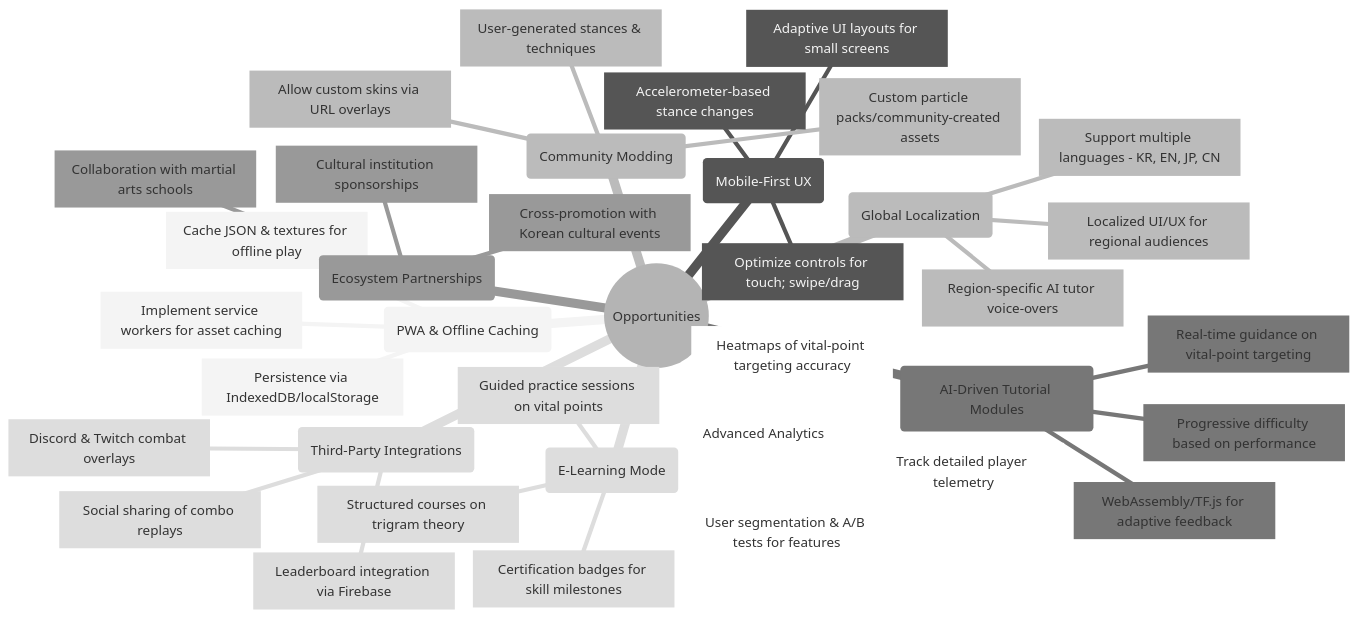
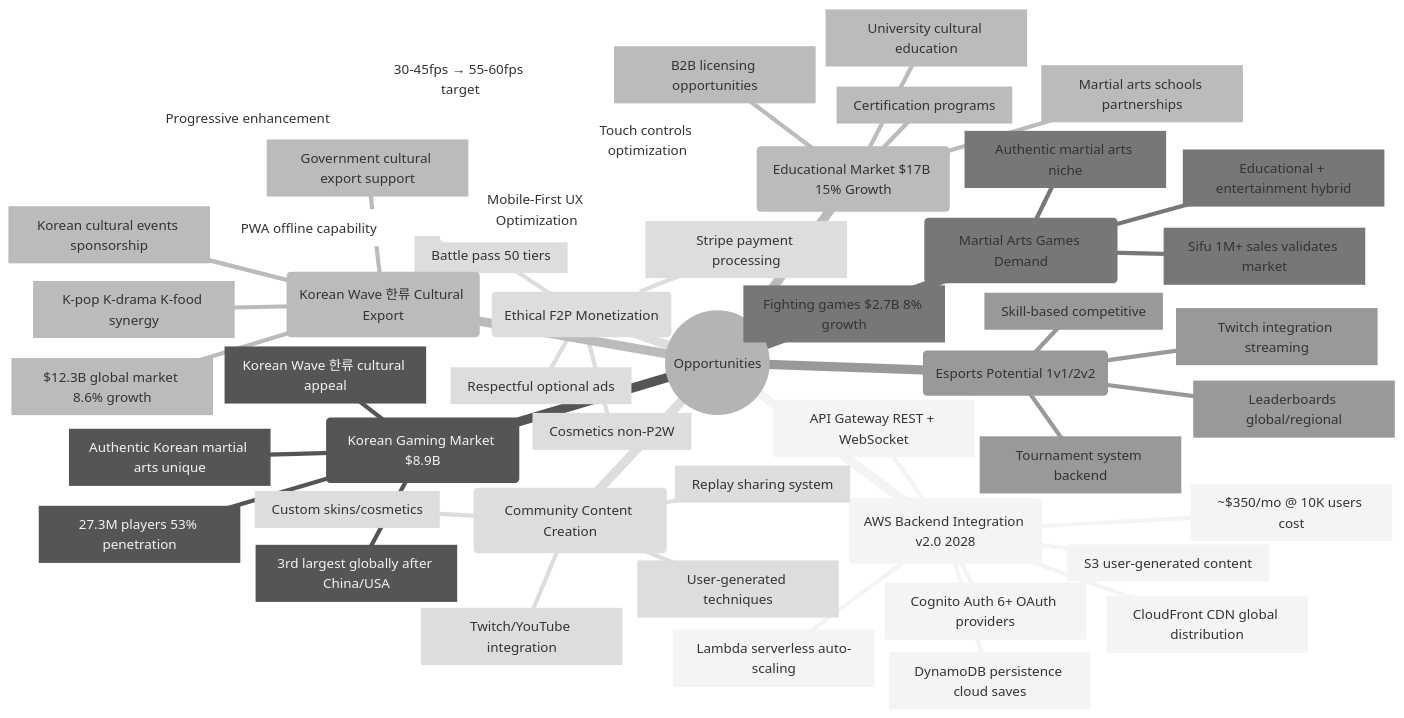
One commit to Hack23/blacktrigram changed the fifth of 8 diagrams in SWOT.md. Above: the diagram before and after it, drawn with Mermaid (neutral theme). The commit also changed other lines of this file and 1 other file, not shown here.

Commit message:
Complete SWOT.md and FUTURE_SWOT.md Q1 2026 comprehensive update with competitive analysis and AWS backend vision

````diff
--- a/SWOT.md
+++ b/SWOT.md
@@ -293,40 +544,52 @@
 ```mermaid
 mindmap
   root((Opportunities))
-    id1(PWA & Offline Caching)
-      id1.1[Implement service workers for asset caching]
-      id1.2[Cache JSON & textures for offline play]
-      id1.3[Persistence via IndexedDB/localStorage]
-    id2(Mobile-First UX)
-      id2.1[Optimize controls for touch; swipe/drag]
-      id2.2[Adaptive UI layouts for small screens]
-      id2.3[Accelerometer-based stance changes]
-    id3(Community Modding)
-      id3.1[Allow custom skins via URL overlays]
-      id3.2[Custom particle packs/community-created assets]
-      id3.3[User-generated stances & techniques]
-    id4(AI-Driven Tutorial Modules)
-      id4.1[WebAssembly/TF.js for adaptive feedback]
-      id4.2[Real-time guidance on vital-point targeting]
-      id4.3[Progressive difficulty based on performance]
-    id5(Ecosystem Partnerships)
-      id5.1[Collaboration with martial arts schools]
-      id5.2[Cultural institution sponsorships]
-      id5.3[Cross-promotion with Korean cultural events]
-    id6(Third-Party Integrations)
-      id6.1[Discord & Twitch combat overlays]
-      id6.2[Leaderboard integration via Firebase]
-      id6.3[Social sharing of combo replays]
-    id7(Advanced Analytics)
-      id7.1[Track detailed player telemetry]
-      id7.2[Heatmaps of vital-point targeting accuracy]
-      id7.3[User segmentation & A/B tests for features]
-    id8(E-Learning Mode)
-      id8.1[Structured courses on trigram theory]
-      id8.2[Guided practice sessions on vital points]
-      id8.3[Certification badges for skill milestones]
-    id9(Global Localization)
-      id9.1[Support multiple languages - KR, EN, JP, CN]
-      id9.2[Localized UI/UX for regional audiences]
-      id9.3[Region-specific AI tutor voice-overs]
+    id1(AWS Backend Integration v2.0 2028)
+      id1.1[Cognito Auth 6+ OAuth providers]
+      id1.2[DynamoDB persistence cloud saves]
+      id1.3[API Gateway REST + WebSocket]
+      id1.4[Lambda serverless auto-scaling]
+      id1.5[S3 user-generated content]
+      id1.6[CloudFront CDN global distribution]
+      id1.7[~$350/mo @ 10K users cost]
+    id2(Korean Gaming Market $8.9B)
+      id2.1[3rd largest globally after China/USA]
+      id2.2[27.3M players 53% penetration]
+      id2.3[Korean Wave 한류 cultural appeal]
+      id2.4[Authentic Korean martial arts unique]
+    id3(Educational Market $17B 15% Growth)
+      id3.1[Martial arts schools partnerships]
+      id3.2[University cultural education]
+      id3.3[Certification programs]
+      id3.4[B2B licensing opportunities]
+    id4(Martial Arts Games Demand)
+      id4.1[Sifu 1M+ sales validates market]
+      id4.2[Fighting games $2.7B 8% growth]
+      id4.3[Authentic martial arts niche]
+      id4.4[Educational + entertainment hybrid]
+    id5(Esports Potential 1v1/2v2)
+      id5.1[Skill-based competitive]
+      id5.2[Tournament system backend]
+      id5.3[Leaderboards global/regional]
+      id5.4[Twitch integration streaming]
+    id6(Ethical F2P Monetization)
+      id6.1[Cosmetics non-P2W]
+      id6.2[Battle pass 50 tiers]
+      id6.3[Stripe payment processing]
+      id6.4[Respectful optional ads]
+    id7(Mobile-First UX Optimization)
+      id7.1[30-45fps → 55-60fps target]
+      id7.2[Touch controls optimization]
+      id7.3[PWA offline capability]
+      id7.4[Progressive enhancement]
+    id8(Community Content Creation)
+      id8.1[User-generated techniques]
+      id8.2[Custom skins/cosmetics]
+      id8.3[Replay sharing system]
+      id8.4[Twitch/YouTube integration]
+    id9(Korean Wave 한류 Cultural Export)
+      id9.1[$12.3B global market 8.6% growth]
+      id9.2[K-pop K-drama K-food synergy]
+      id9.3[Korean cultural events sponsorship]
+      id9.4[Government cultural export support]
 ```
````
